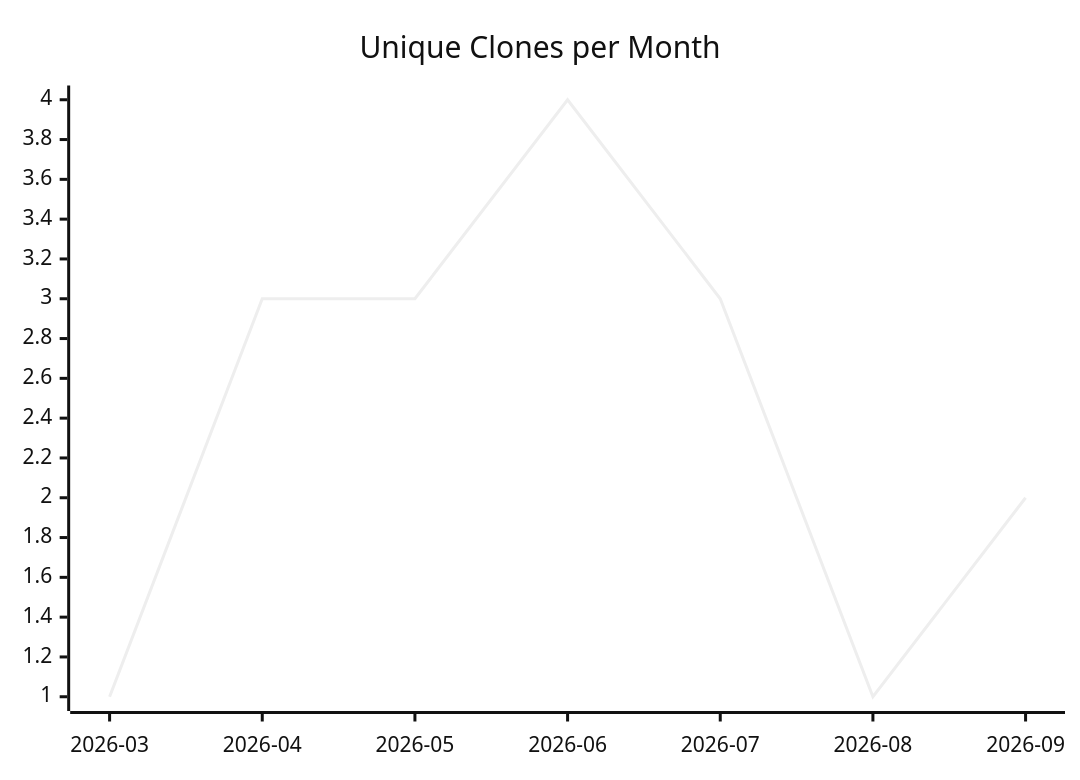
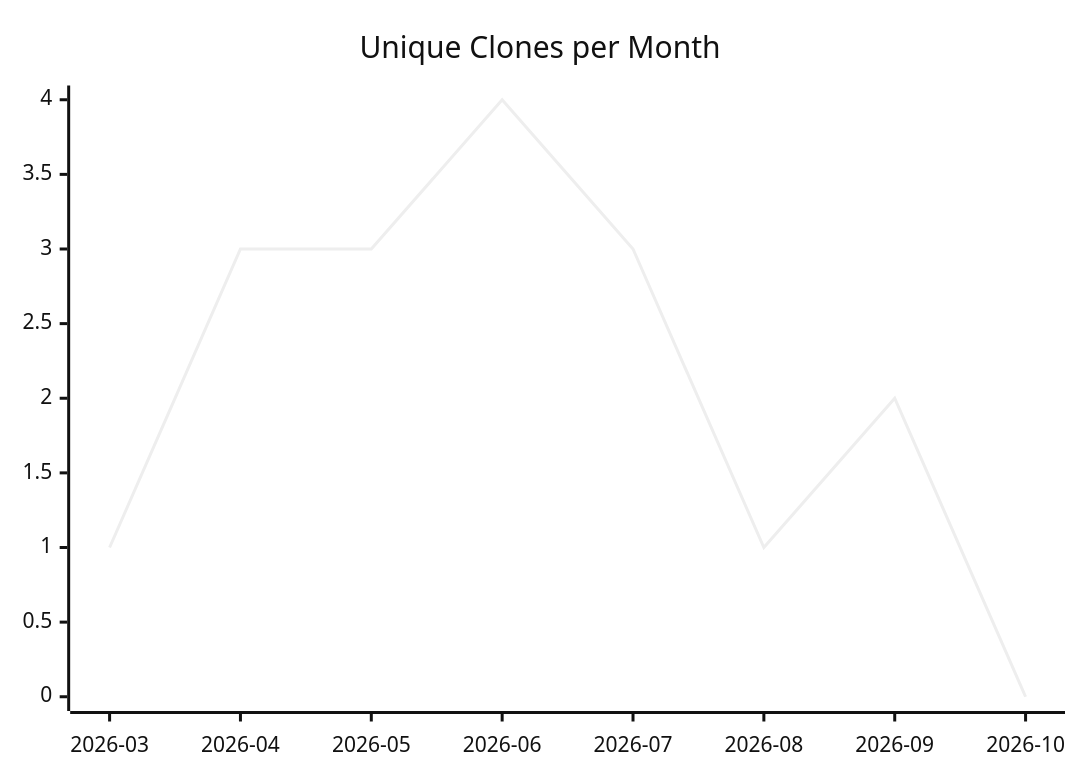
The third of 3 diagrams in karlmdavis/ansible-jenkins/README.md (justdavis-family/github-analytics-data), drawn with Mermaid (neutral theme) before and after one commit. The commit also changed other lines of this file and 202 other files, not shown here.

````diff
--- a/karlmdavis/ansible-jenkins/README.md
+++ b/karlmdavis/ansible-jenkins/README.md
@@ -19,6 +19,6 @@
 ```mermaid
 xychart-beta
   title "Unique Clones per Month"
-  x-axis ["2026-03", "2026-04", "2026-05", "2026-06", "2026-07", "2026-08", "2026-09"]
-  line [1, 3, 3, 4, 3, 1, 2]
+  x-axis ["2026-03", "2026-04", "2026-05", "2026-06", "2026-07", "2026-08", "2026-09", "2026-10"]
+  line [1, 3, 3, 4, 3, 1, 2, 0]
 ```
````
